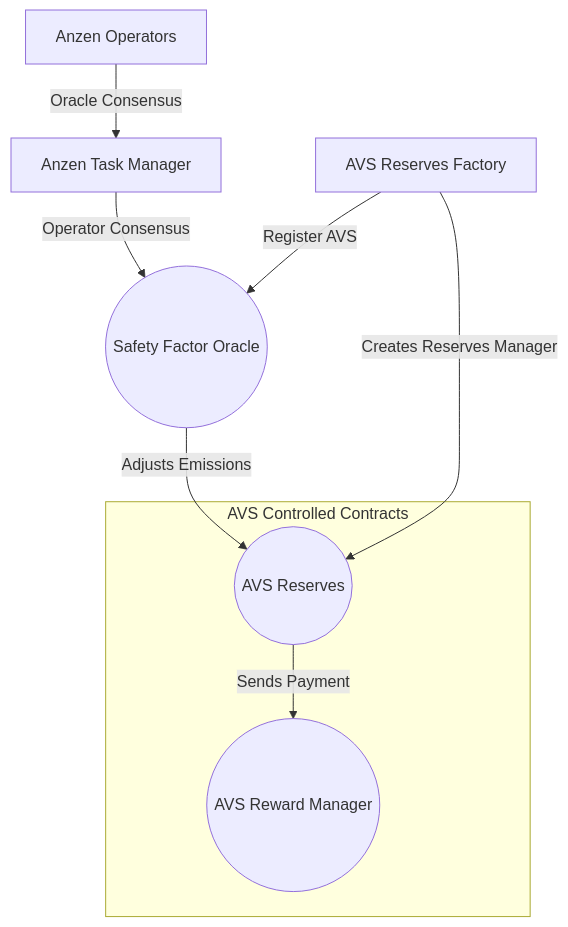
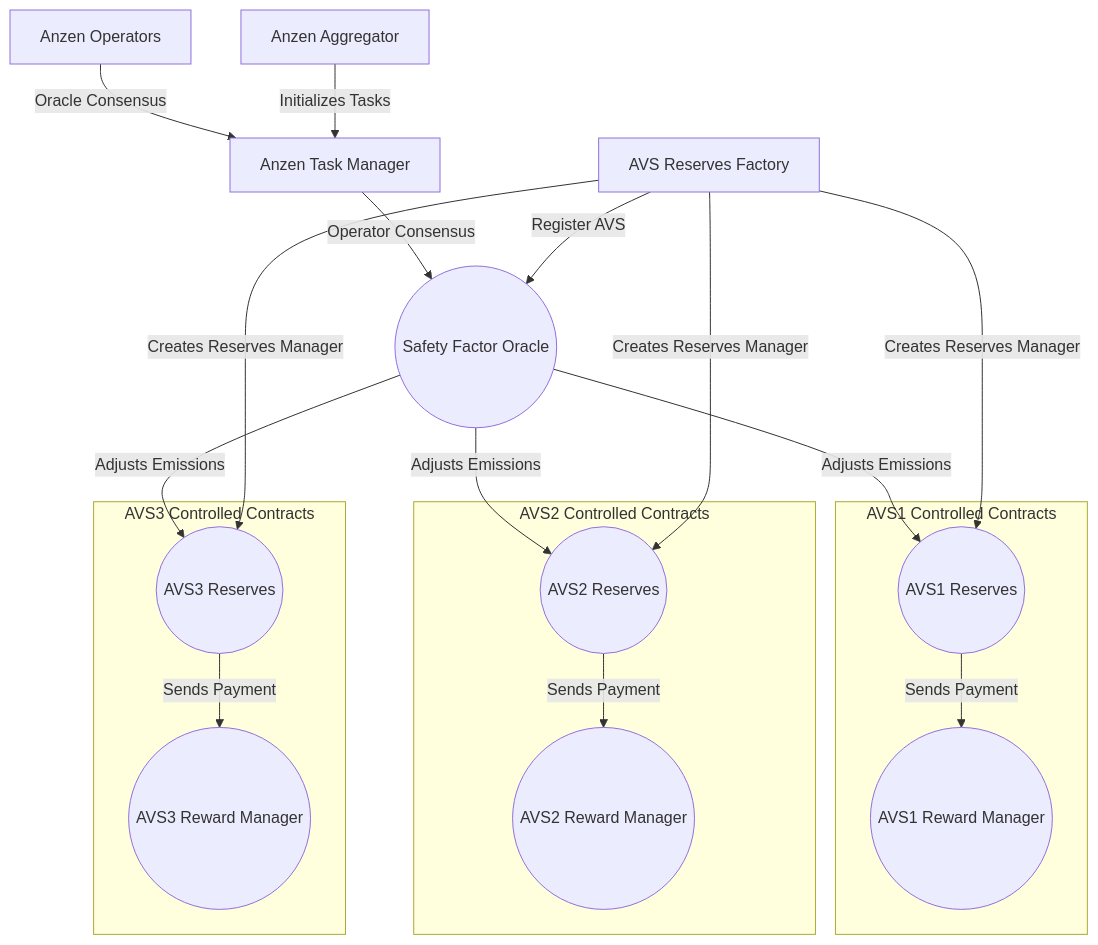
One commit to Hydrogen-Labs/anzen-avs changed the diagram in contracts/README.md. Above: the diagram before and after it, drawn with Mermaid. The commit also changed other lines of this file and 4 other files, not shown here.

````diff
--- a/contracts/README.md
+++ b/contracts/README.md
@@ -3,13 +3,26 @@
 ```mermaid
 graph TD
+
     F[Anzen Operators] -->|Oracle Consensus| A[Anzen Task Manager]
+    G[Anzen Aggregator] -->|Initializes Tasks| A
     A -->|Operator Consensus| B((Safety Factor Oracle))
-    B --> |Adjusts Emissions| D((AVS Reserves))
-    C[AVS Reserves Factory] --> |Creates Reserves Manager| D
+    B --> |Adjusts Emissions| D1((AVS1 Reserves))
+    B --> |Adjusts Emissions| D2((AVS2 Reserves))
+    B --> |Adjusts Emissions| D3((AVS3 Reserves))
+    C[AVS Reserves Factory] --> |Creates Reserves Manager| D1
+    C --> |Creates Reserves Manager| D2
+    C --> |Creates Reserves Manager| D3
     C --> |Register AVS| B
 
-    subgraph AVS Controlled Contracts
-        D --> |Sends Payment| E((AVS Reward Manager))
+    subgraph AVS1 Controlled Contracts
+        D1 --> |Sends Payment| E1((AVS1 Reward Manager))
     end
 
+    subgraph AVS2 Controlled Contracts
+        D2 --> |Sends Payment| E2((AVS2 Reward Manager))
+    end
+
+    subgraph AVS3 Controlled Contracts
+        D3 --> |Sends Payment| E3((AVS3 Reward Manager))
+    end
 ```
````
